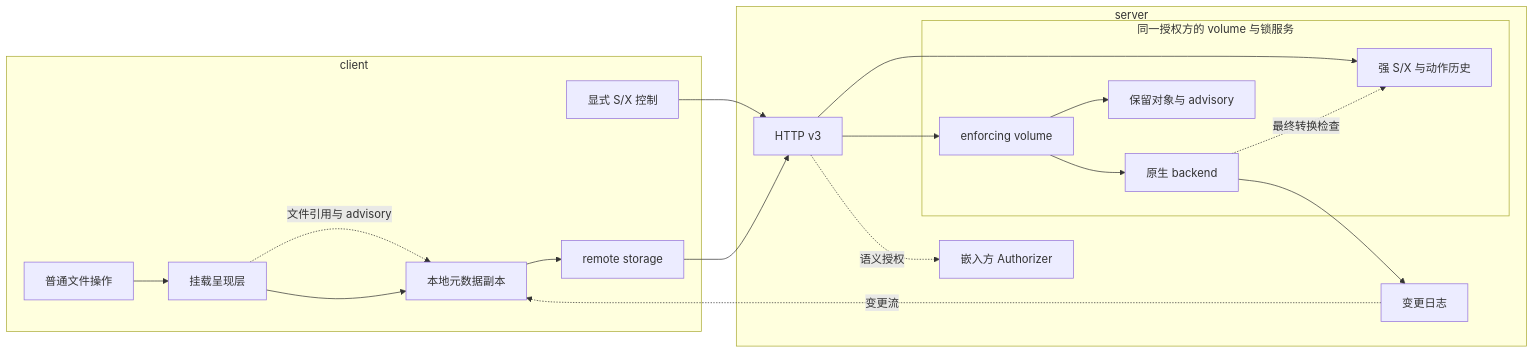
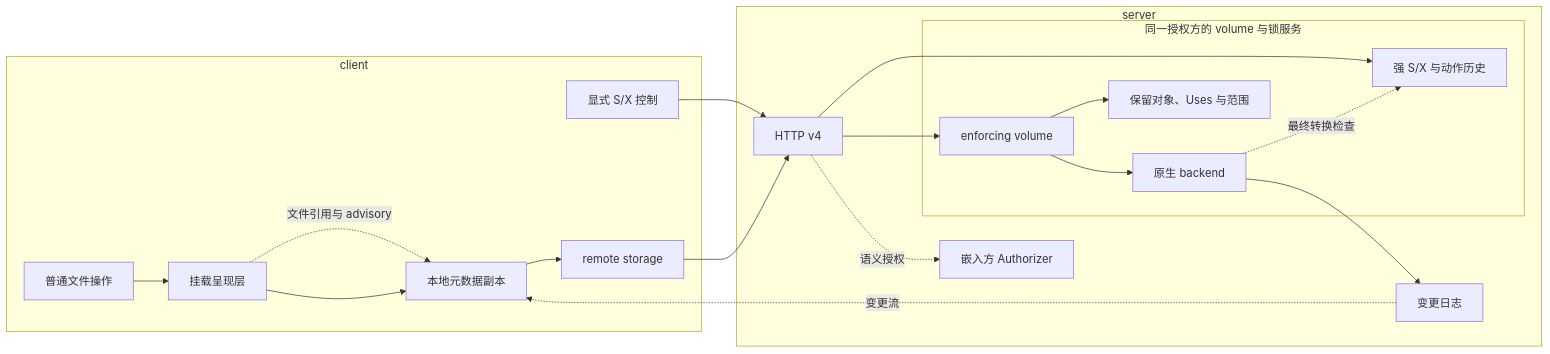
Before and after one commit to codetreker/remote-fs: the diagram in docs/design/architecture.md, drawn with Mermaid. The commit also changed other lines of this file and 283 other files, not shown here.

````diff
--- a/docs/design/architecture.md
+++ b/docs/design/architecture.md
@@ -17,27 +17,27 @@
 ```mermaid
 flowchart LR
     subgraph client[client]
         App[普通文件操作] --> Fuse[挂载呈现层]
         Fuse --> Replica[本地元数据副本]
         Replica --> Remote[remote storage]
         SDK[显式 S/X 控制]
         Fuse -. 文件引用与 advisory .-> Replica
     end
     subgraph server[server]
-        HTTP[HTTP v3]
+        HTTP[HTTP v4]
         subgraph Pair[同一授权方的 volume 与锁服务]
             volume[enforcing volume] --> Backend[原生 backend]
             Authority[强 S/X 与动作历史]
-            Files[保留对象与 advisory]
+            Files[保留对象、Uses 与范围]
             volume --> Files
             Backend -. 最终转换检查 .-> Authority
         end
         HTTP -. 语义授权 .-> Policy[嵌入方 Authorizer]
         HTTP --> volume
         HTTP --> Authority
         Backend --> Log[变更日志]
     end
     Remote --> HTTP
     SDK --> HTTP
     Log -. 变更流 .-> Replica
 ```
````
